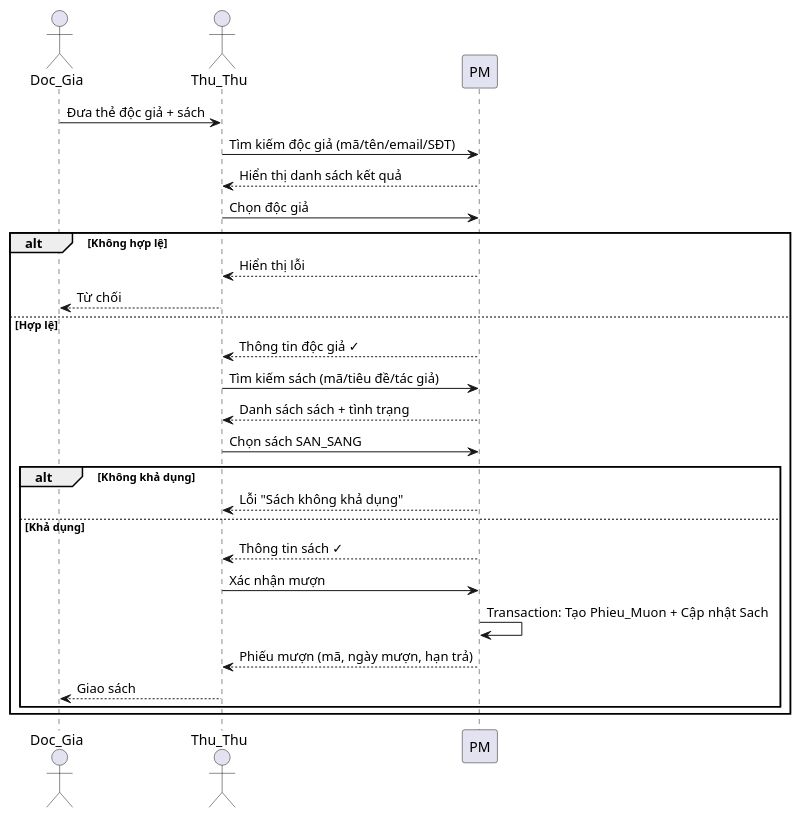
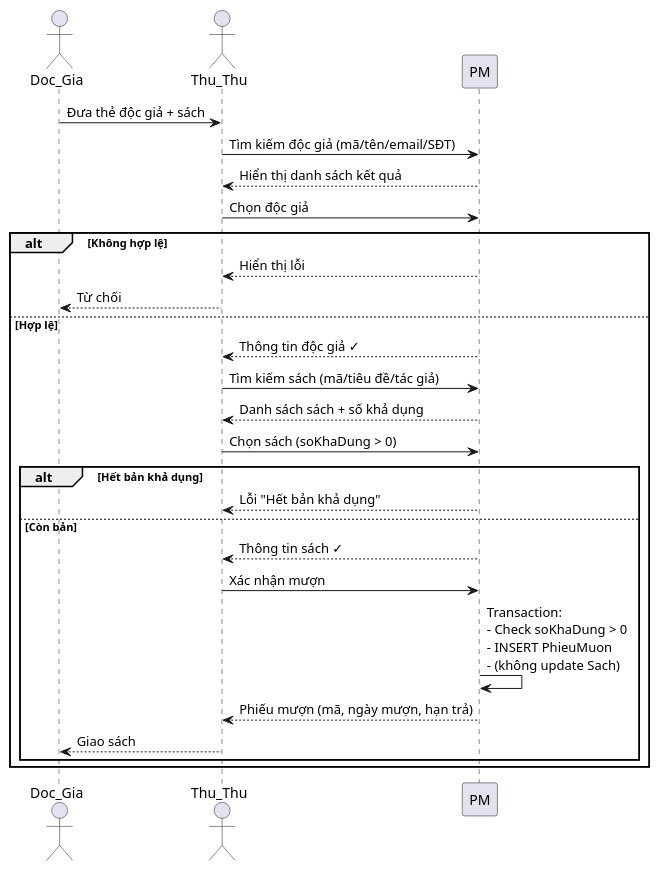
The second of 15 diagrams in .kiro/document/BaoCao_3UC_PlantUML.md (NPhamDoan/FULL_QLThuVien), drawn with PlantUML before and after one commit. The commit also changed other lines of this file and 37 other files, not shown here.

````diff
--- a/.kiro/document/BaoCao_3UC_PlantUML.md
+++ b/.kiro/document/BaoCao_3UC_PlantUML.md
@@ -73,31 +73,31 @@
 ```plantuml
 @startuml
 actor "Doc_Gia" as DG
 actor "Thu_Thu" as TT
 participant "PM" as PM
 
 DG -> TT : Đưa thẻ độc giả + sách
 TT -> PM : Tìm kiếm độc giả (mã/tên/email/SĐT)
 PM --> TT : Hiển thị danh sách kết quả
 TT -> PM : Chọn độc giả
 
 alt Không hợp lệ
     PM --> TT : Hiển thị lỗi
     TT --> DG : Từ chối
 else Hợp lệ
     PM --> TT : Thông tin độc giả ✓
     TT -> PM : Tìm kiếm sách (mã/tiêu đề/tác giả)
-    PM --> TT : Danh sách sách + tình trạng
-    TT -> PM : Chọn sách SAN_SANG
-    alt Không khả dụng
-        PM --> TT : Lỗi "Sách không khả dụng"
-    else Khả dụng
+    PM --> TT : Danh sách sách + số khả dụng
+    TT -> PM : Chọn sách (soKhaDung > 0)
+    alt Hết bản khả dụng
+        PM --> TT : Lỗi "Hết bản khả dụng"
+    else Còn bản
         PM --> TT : Thông tin sách ✓
         TT -> PM : Xác nhận mượn
-        PM -> PM : Transaction: Tạo Phieu_Muon + Cập nhật Sach
+        PM -> PM : Transaction:\n- Check soKhaDung > 0\n- INSERT PhieuMuon\n- (không update Sach)
         PM --> TT : Phiếu mượn (mã, ngày mượn, hạn trả)
         TT --> DG : Giao sách
     end
 end
 @enduml
 ```
````
